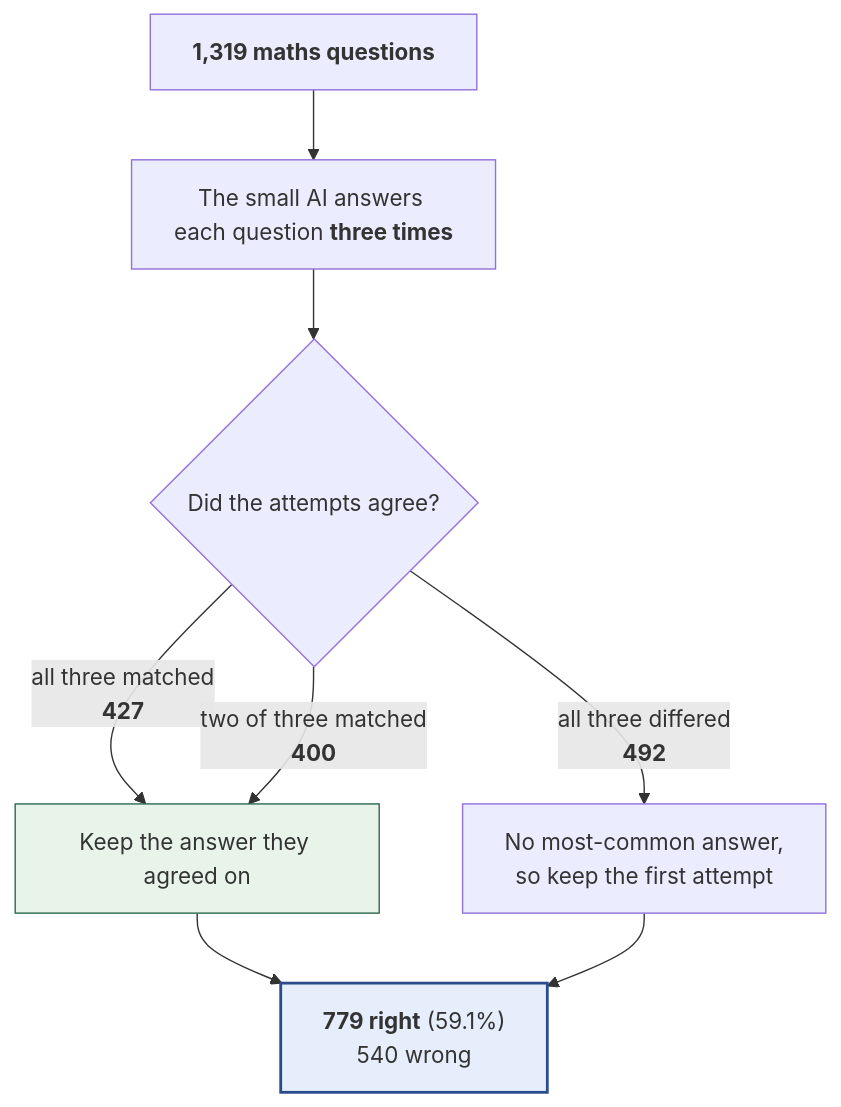
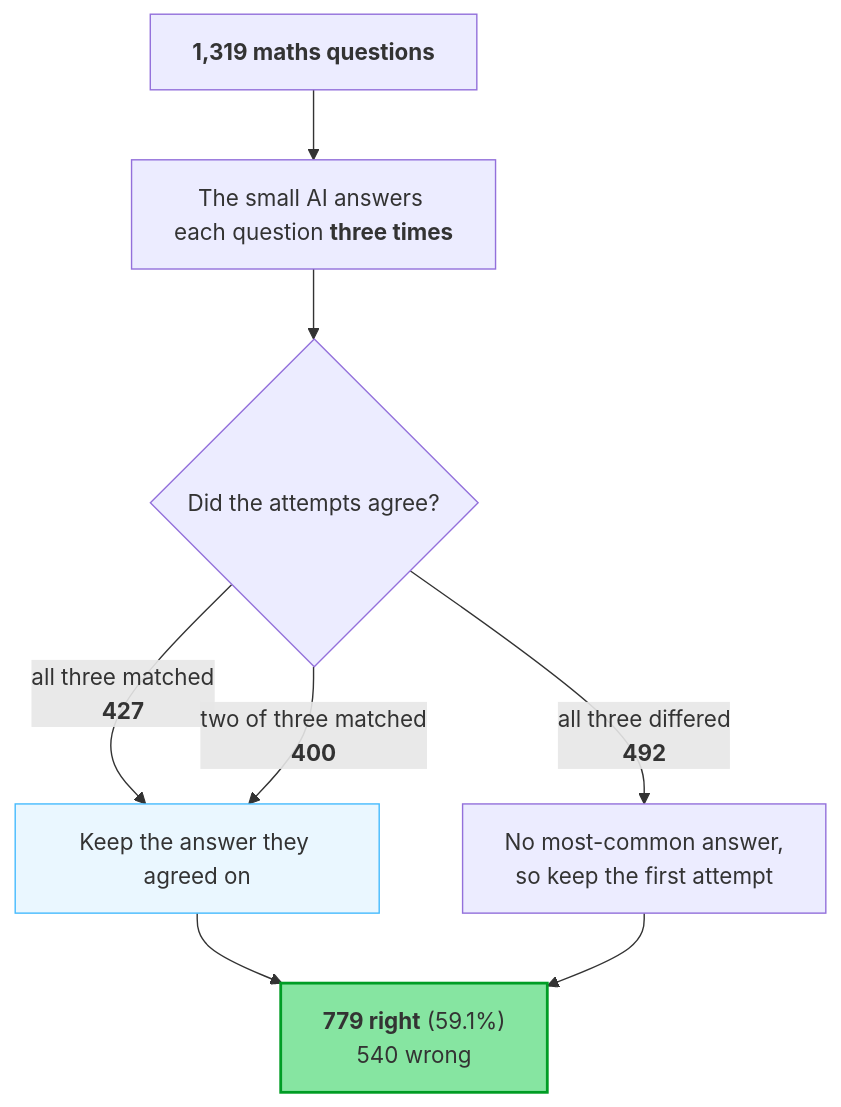
Before and after one commit to SaminYeaserKhan/gemma4-finetune: the second of 2 diagrams in docs/experiments/04_finetuned-model+majority-vote/README.md, drawn with Mermaid. The commit also changed other lines of this file and 143 other files, not shown here.

````diff
--- a/docs/experiments/04_finetuned-model+majority-vote/README.md
+++ b/docs/experiments/04_finetuned-model+majority-vote/README.md
@@ -54,14 +54,14 @@
 ```mermaid
 flowchart TD
     Q["<b>1,319 maths questions</b>"]
     Q --> A["The small AI answers each question <b>three times</b>"]
     A --> D{"Did the attempts agree?"}
     D -->|"all three matched<br/><b>427</b>"| K["Keep the answer they agreed on"]
     D -->|"two of three matched<br/><b>400</b>"| K
     D -->|"all three differed<br/><b>492</b>"| F["No most-common answer,<br/>so keep the first attempt"]
     K --> RES
     F --> RES
     RES["<b>779 right</b> (59.1%)<br/>540 wrong"]
-    style K fill:#e8f4ea,stroke:#2d6a4f
-    style RES fill:#e6eefc,stroke:#2b4c8c,stroke-width:2px
+    style K fill:#eaf7ff,stroke:#46bbfe
+    style RES fill:#86e5a1,stroke:#009d25,stroke-width:2px
 ```
````
